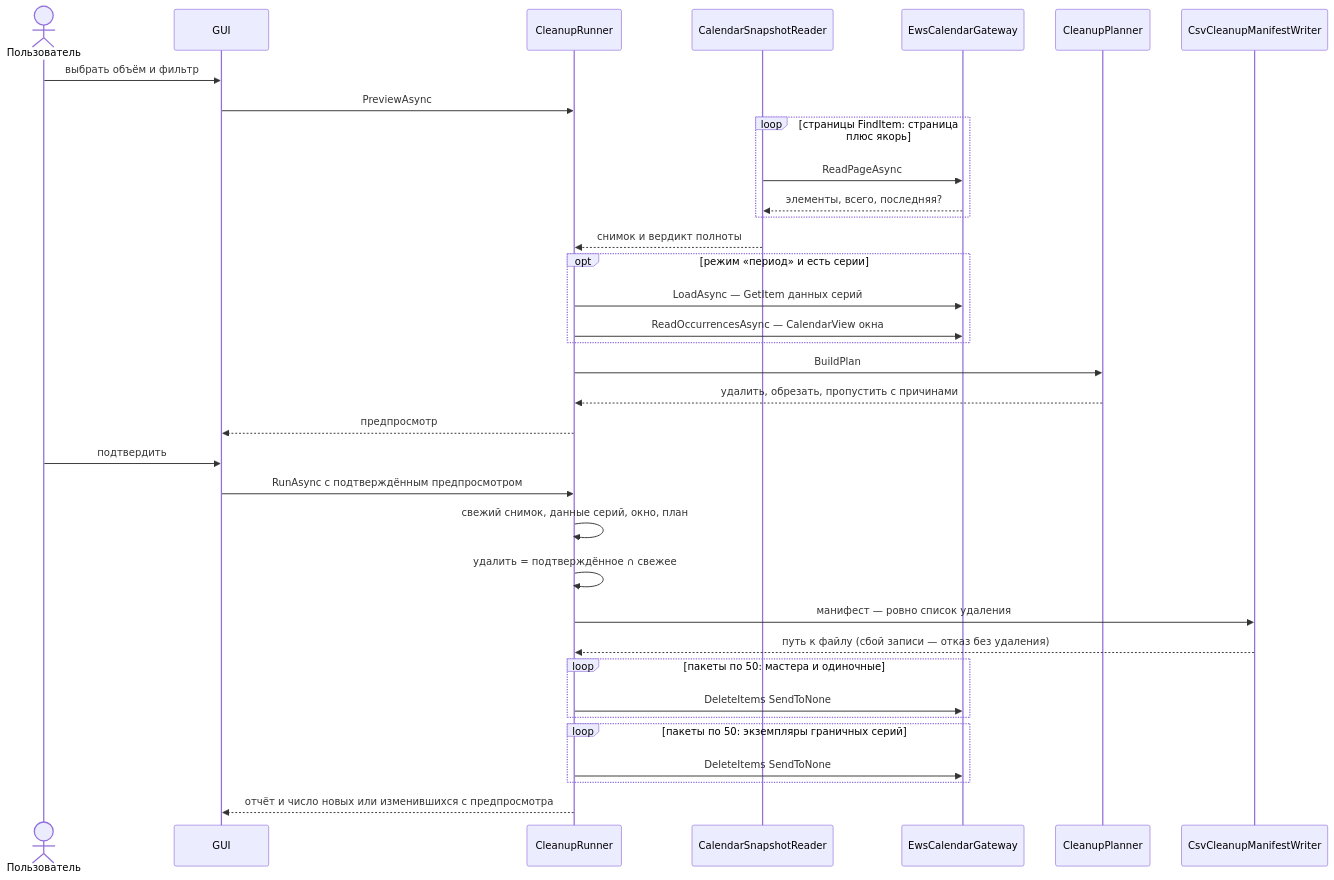
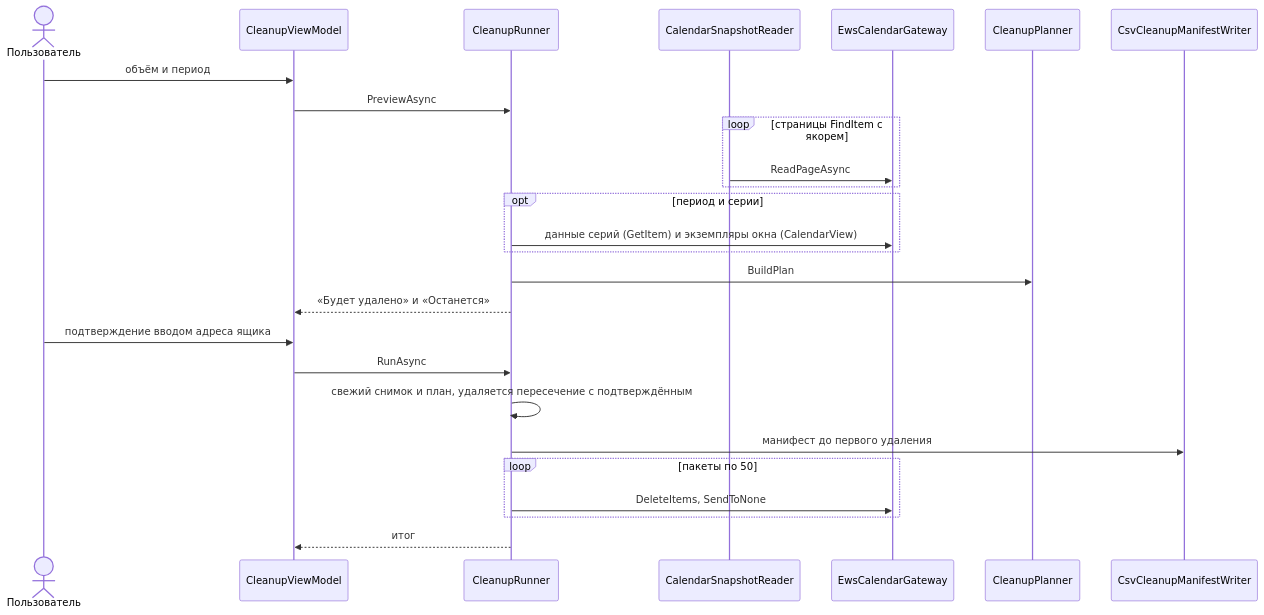
Before and after one commit to DedovMosol/iwo-Calendar-Bridge: the fifth of 6 diagrams in docs/ARCHITECTURE.md, drawn with Mermaid. The commit also changed other lines of this file and 55 other files, not shown here.

Commit message:
Remove planning docs, justify README and ARCHITECTURE

````diff
--- a/docs/ARCHITECTURE.md
+++ b/docs/ARCHITECTURE.md
@@ -147,38 +158,29 @@
 ```mermaid
 sequenceDiagram
   actor U as Пользователь
-  participant GUI
+  participant VM as CleanupViewModel
   participant Run as CleanupRunner
   participant Snap as CalendarSnapshotReader
   participant Ews as EwsCalendarGateway
   participant Plan as CleanupPlanner
   participant Man as CsvCleanupManifestWriter
 
-  U->>GUI: выбрать объём и фильтр
-  GUI->>Run: PreviewAsync
-  loop страницы FindItem: страница плюс якорь
+  U->>VM: объём и период
+  VM->>Run: PreviewAsync
+  loop страницы FindItem с якорем
     Snap->>Ews: ReadPageAsync
-    Ews-->>Snap: элементы, всего, последняя?
   end
-  Snap-->>Run: снимок и вердикт полноты
-  opt режим «период» и есть серии
-    Run->>Ews: LoadAsync — GetItem данных серий
-    Run->>Ews: ReadOccurrencesAsync — CalendarView окна
+  opt период и серии
+    Run->>Ews: данные серий (GetItem) и экземпляры окна (CalendarView)
   end
   Run->>Plan: BuildPlan
-  Plan-->>Run: удалить, обрезать, пропустить с причинами
-  Run-->>GUI: предпросмотр
-  U->>GUI: подтвердить
-  GUI->>Run: RunAsync с подтверждённым предпросмотром
-  Run->>Run: свежий снимок, данные серий, окно, план
-  Run->>Run: удалить = подтверждённое ∩ свежее
-  Run->>Man: манифест — ровно список удаления
-  Man-->>Run: путь к файлу (сбой записи — отказ без удаления)
-  loop пакеты по 50: мастера и одиночные
-    Run->>Ews: DeleteItems SendToNone
+  Run-->>VM: «Будет удалено» и «Останется»
+  U->>VM: подтверждение вводом адреса ящика
+  VM->>Run: RunAsync
+  Run->>Run: свежий снимок и план, удаляется пересечение с подтверждённым
+  Run->>Man: манифест до первого удаления
+  loop пакеты по 50
+    Run->>Ews: DeleteItems, SendToNone
   end
-  loop пакеты по 50: экземпляры граничных серий
-    Run->>Ews: DeleteItems SendToNone
-  end
-  Run-->>GUI: отчёт и число новых или изменившихся с предпросмотра
+  Run-->>VM: итог
 ```
````
